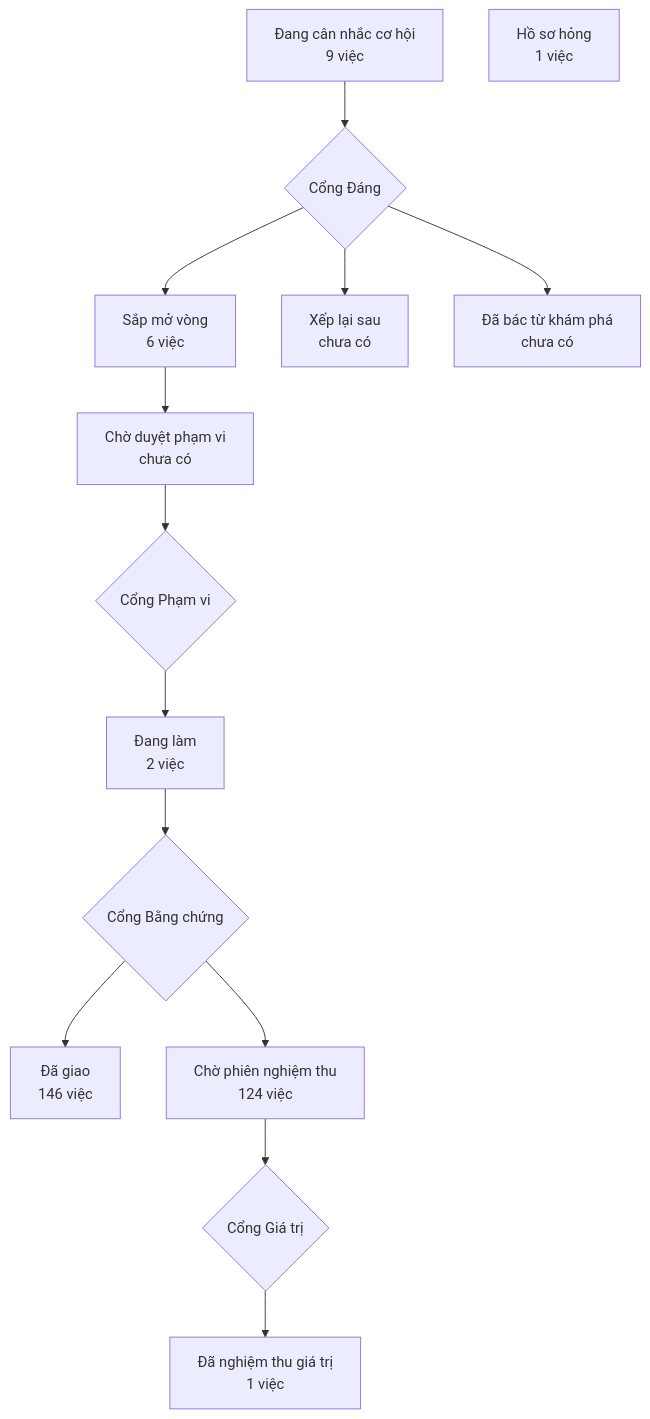
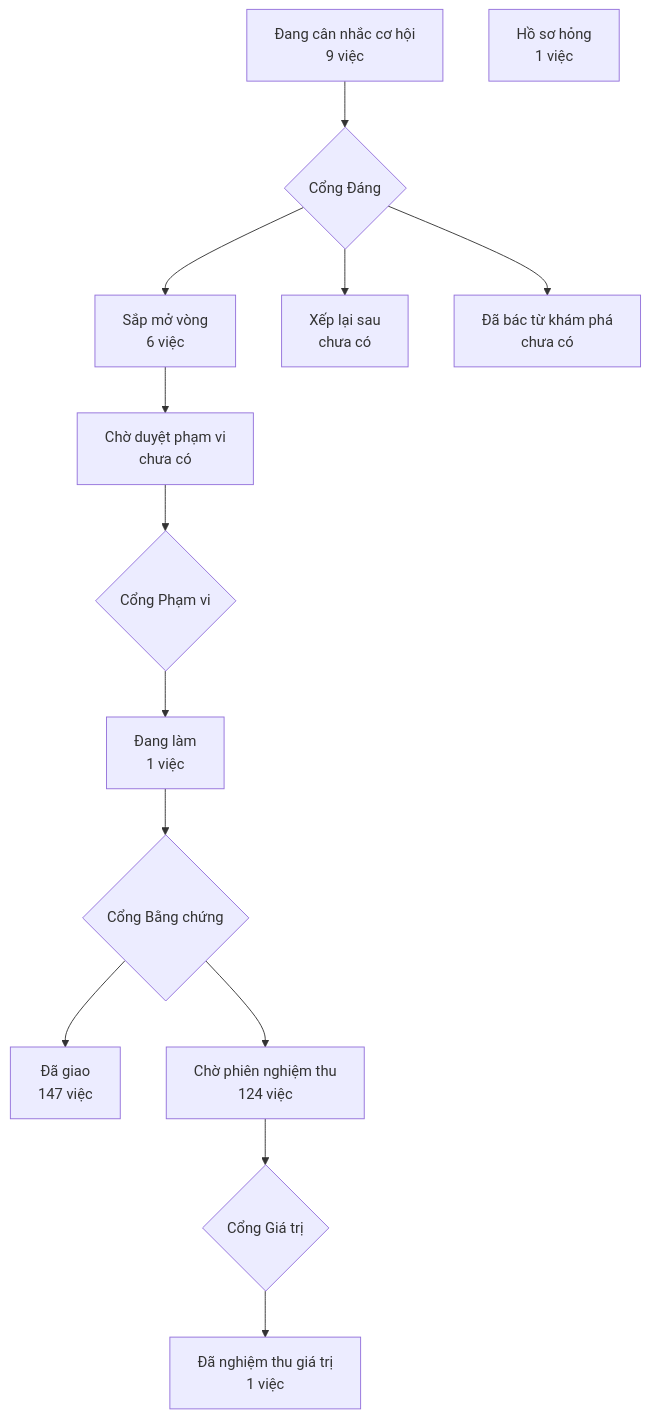
The diagram in PRODUCT-MAP.md (phanlemanh/crm-onehub), drawn with Mermaid before and after one commit. The commit also changed 3 other files, not shown here.

````diff
--- a/PRODUCT-MAP.md
+++ b/PRODUCT-MAP.md
@@ -7,13 +7,13 @@
 ```mermaid
 flowchart TD
   A["Đang cân nhắc cơ hội<br/>9 việc"] --> GD{"Cổng Đáng"}
   GD --> B["Sắp mở vòng<br/>6 việc"]
   GD --> XL["Xếp lại sau<br/>chưa có"]
   GD --> DB["Đã bác từ khám phá<br/>chưa có"]
   B --> CD["Chờ duyệt phạm vi<br/>chưa có"] --> GP{"Cổng Phạm vi"}
-  GP --> DL["Đang làm<br/>2 việc"] --> GB{"Cổng Bằng chứng"}
-  GB --> DG["Đã giao<br/>146 việc"]
+  GP --> DL["Đang làm<br/>1 việc"] --> GB{"Cổng Bằng chứng"}
+  GB --> DG["Đã giao<br/>147 việc"]
   GB --> CN["Chờ phiên nghiệm thu<br/>124 việc"] --> GG{"Cổng Giá trị"}
   GG --> NT["Đã nghiệm thu giá trị<br/>1 việc"]
   HS["Hồ sơ hỏng<br/>1 việc"]
 ```
````
